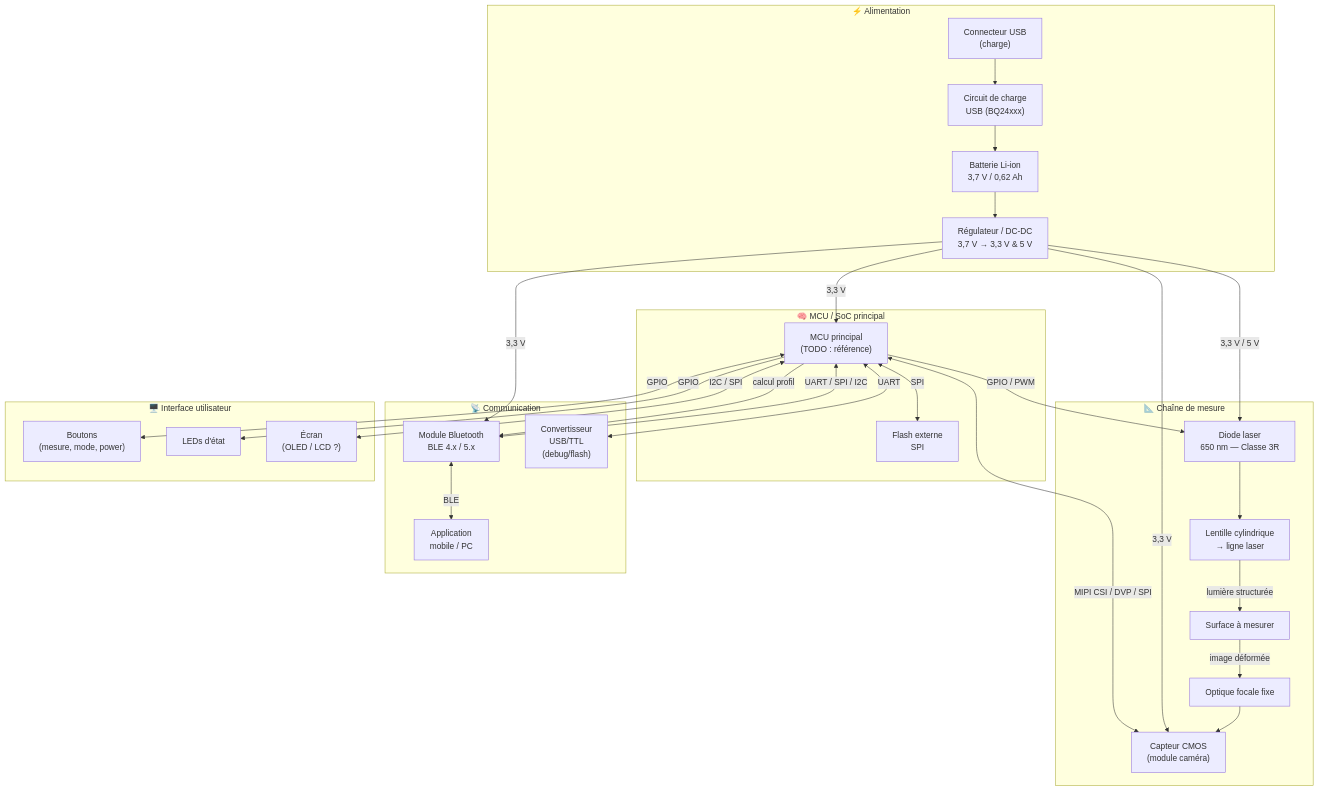
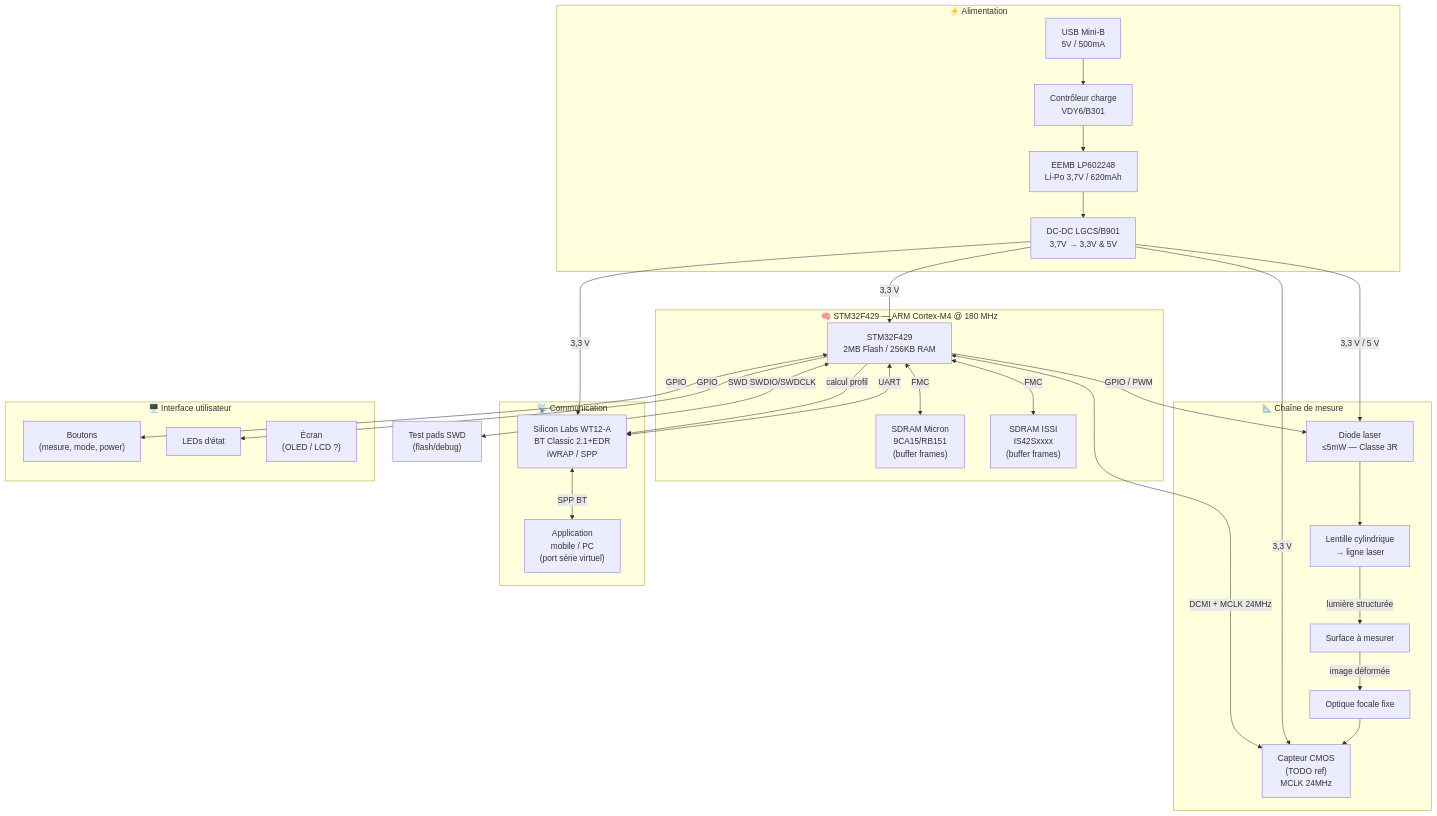
One commit to rsladky/Concours-Natio-IA-Data changed the diagram in 01-retro-ingenierie/schema-fonctionnel.md. Above: the diagram before and after it, drawn with Mermaid. The commit also changed other lines of this file and 1 other file, not shown here.

Commit message:
Rétro-ingénierie complète : STM32F429, SDRAM, WT12-A, oscillateur 24MHz
Composants identifiés sur photos macro :
- MCU : STM32F429 (ARM Cortex-M4 180MHz, DCMI, 2MB Flash)
- SDRAM x2 : Micron 9CA15/RB151 + ISSI IS42S (buffer frames caméra)
- Oscillateur 24MHz : MCLK capteur caméra
- DC-DC : LGCS/B901 + inductances
- Charge Li-Po : VDY6/B301
- Schéma fonctionnel mis à jour avec vraies références

````diff
--- a/01-retro-ingenierie/schema-fonctionnel.md
+++ b/01-retro-ingenierie/schema-fonctionnel.md
@@ -9,54 +9,54 @@
 ```mermaid
 flowchart TD
     subgraph ALIMENTATION["⚡ Alimentation"]
-        BAT["Batterie Li-ion\n3,7 V / 0,62 Ah"]
-        CHG["Circuit de charge\nUSB (BQ24xxx)"]
-        REG["Régulateur / DC-DC\n3,7 V → 3,3 V & 5 V"]
-        USB_C["Connecteur USB\n(charge)"]
+        BAT["EEMB LP602248\nLi-Po 3,7V / 620mAh"]
+        CHG["Contrôleur charge\nVDY6/B301"]
+        REG["DC-DC LGCS/B901\n3,7V → 3,3V & 5V"]
+        USB_C["USB Mini-B\n5V / 500mA"]
         USB_C --> CHG --> BAT --> REG
     end
 
-    subgraph MCU["🧠 MCU / SoC principal"]
-        CPU["MCU principal\n(TODO : référence)"]
-        FLASH["Flash externe\nSPI"]
-        CPU <-->|SPI| FLASH
+    subgraph MCU["🧠 STM32F429 — ARM Cortex-M4 @ 180 MHz"]
+        CPU["STM32F429\n2MB Flash / 256KB RAM"]
+        SDRAM1["SDRAM Micron\n9CA15/RB151\n(buffer frames)"]
+        SDRAM2["SDRAM ISSI\nIS42Sxxxx\n(buffer frames)"]
+        CPU <-->|FMC| SDRAM1
+        CPU <-->|FMC| SDRAM2
     end
 
     subgraph MESURE["📐 Chaîne de mesure"]
-        LASER["Diode laser\n650 nm — Classe 3R"]
+        LASER["Diode laser\n≤5mW — Classe 3R"]
         LENTILLE["Lentille cylindrique\n→ ligne laser"]
-        CAM["Capteur CMOS\n(module caméra)"]
+        CAM["Capteur CMOS\n(TODO ref)\nMCLK 24MHz"]
         OPTIQUE["Optique focale fixe"]
         LASER --> LENTILLE
         LENTILLE -->|lumière structurée| SURFACE["Surface à mesurer"]
         SURFACE -->|image déformée| OPTIQUE --> CAM
     end
 
     subgraph COMM["📡 Communication"]
-        BT["Module Bluetooth\nBLE 4.x / 5.x"]
-        USBTL["Convertisseur\nUSB/TTL\n(debug/flash)"]
-        APP["Application\nmobile / PC"]
-        BT <-->|BLE| APP
+        BT["Silicon Labs WT12-A\nBT Classic 2.1+EDR\niWRAP / SPP"]
+        APP["Application\nmobile / PC\n(port série virtuel)"]
+        BT <-->|SPP BT| APP
     end
 
     subgraph UI["🖥️ Interface utilisateur"]
         BTN["Boutons\n(mesure, mode, power)"]
         LED["LEDs d'état"]
         ECRAN["Écran\n(OLED / LCD ?)"]
     end
 
     REG -->|3,3 V| CPU
     REG -->|3,3 V| BT
     REG -->|3,3 V / 5 V| LASER
     REG -->|3,3 V| CAM
 
-    CPU <-->|UART / SPI / I2C| BT
-    CPU <-->|MIPI CSI / DVP / SPI| CAM
+    CPU <-->|UART| BT
+    CPU <-->|DCMI + MCLK 24MHz| CAM
     CPU -->|GPIO / PWM| LASER
     CPU <-->|GPIO| BTN
     CPU -->|GPIO| LED
-    CPU <-->|I2C / SPI| ECRAN
-    CPU <-->|UART| USBTL
+    CPU <-->|SWD SWDIO/SWDCLK| USBTL["Test pads SWD\n(flash/debug)"]
 
     CPU -->|calcul profil| BT
 ```
````
